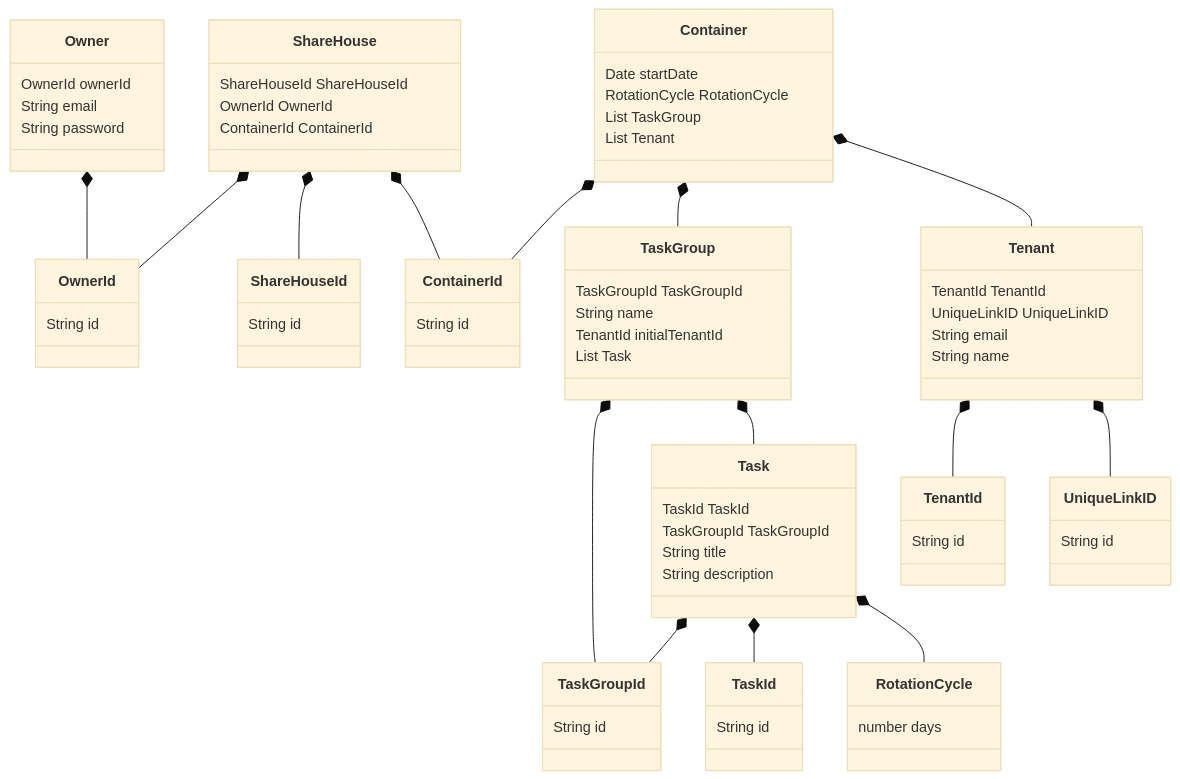
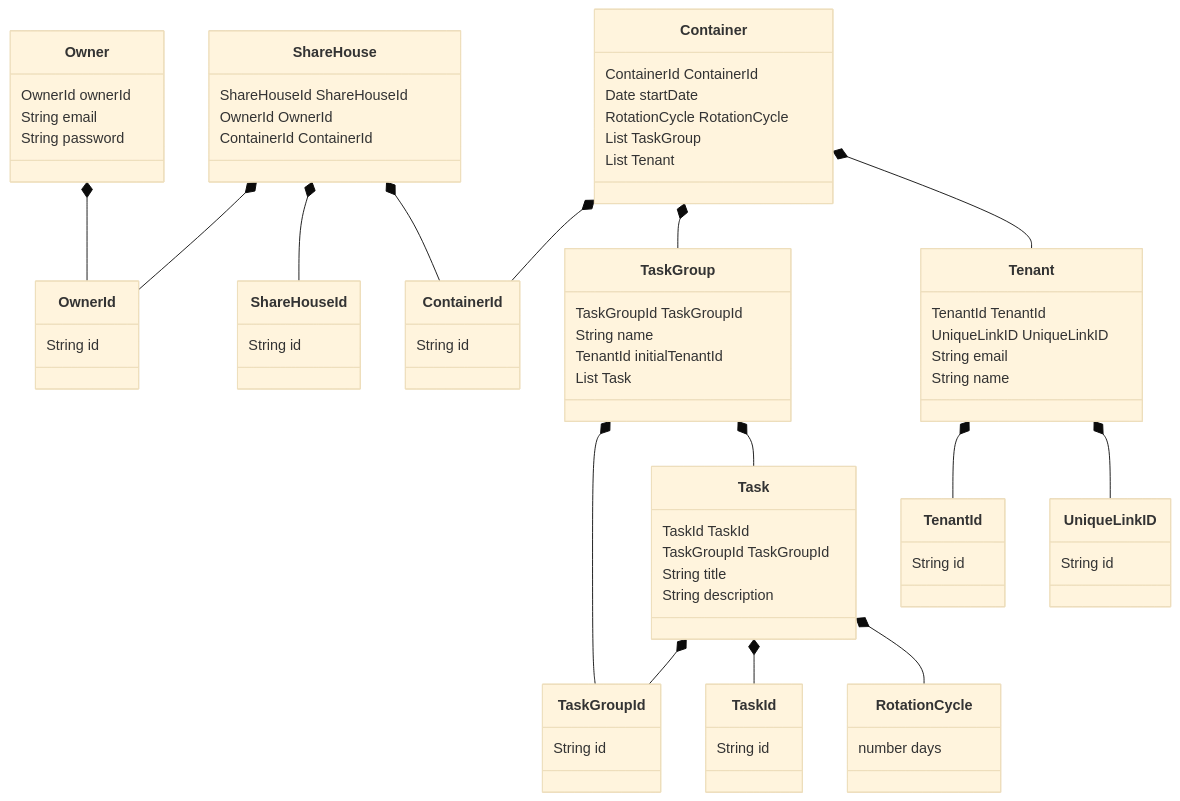
One commit to Tascurator/tascurator-documents changed the diagram in modeling.md. Above: the diagram before and after it, drawn with Mermaid (base theme).

Commit message:
docs: add ContainerId to Container class

```diff
--- a/modeling.md
+++ b/modeling.md
@@ -17,6 +17,7 @@
     }
     
     class Container {
+        ContainerId ContainerId
         Date startDate
         RotationCycle RotationCycle
         List TaskGroup
```
